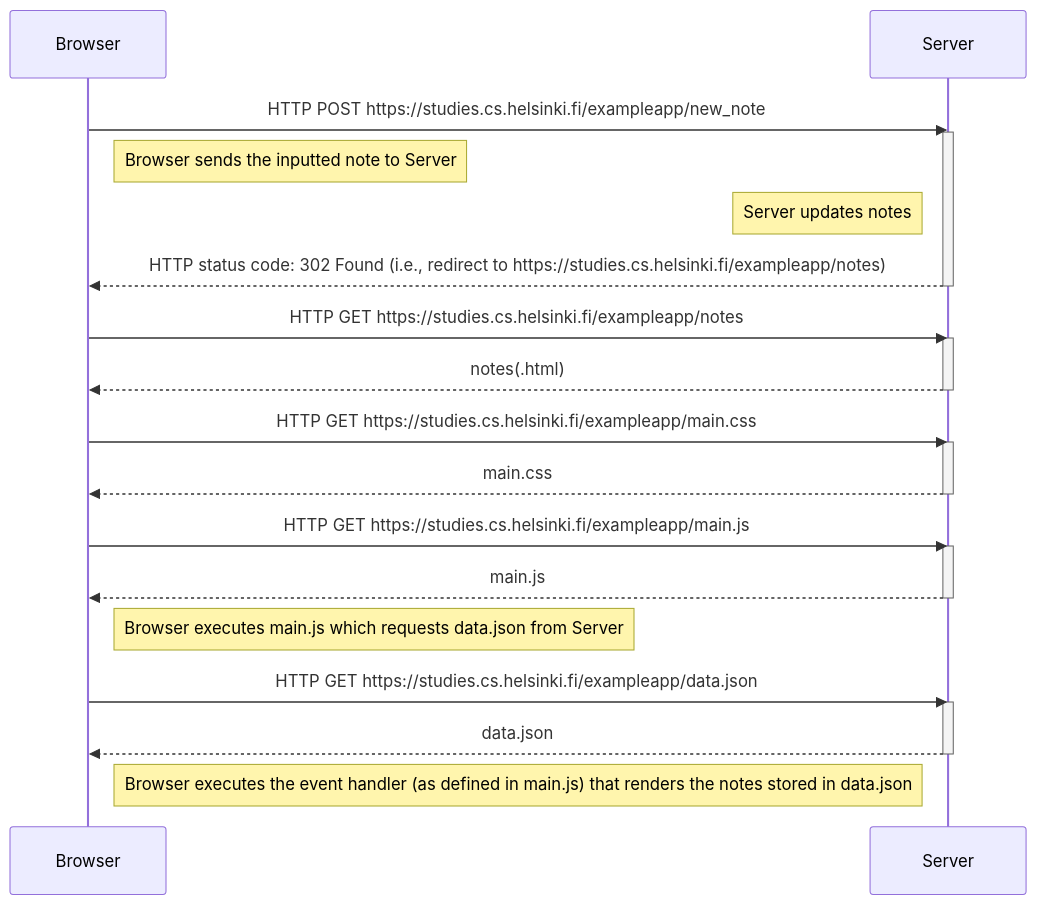
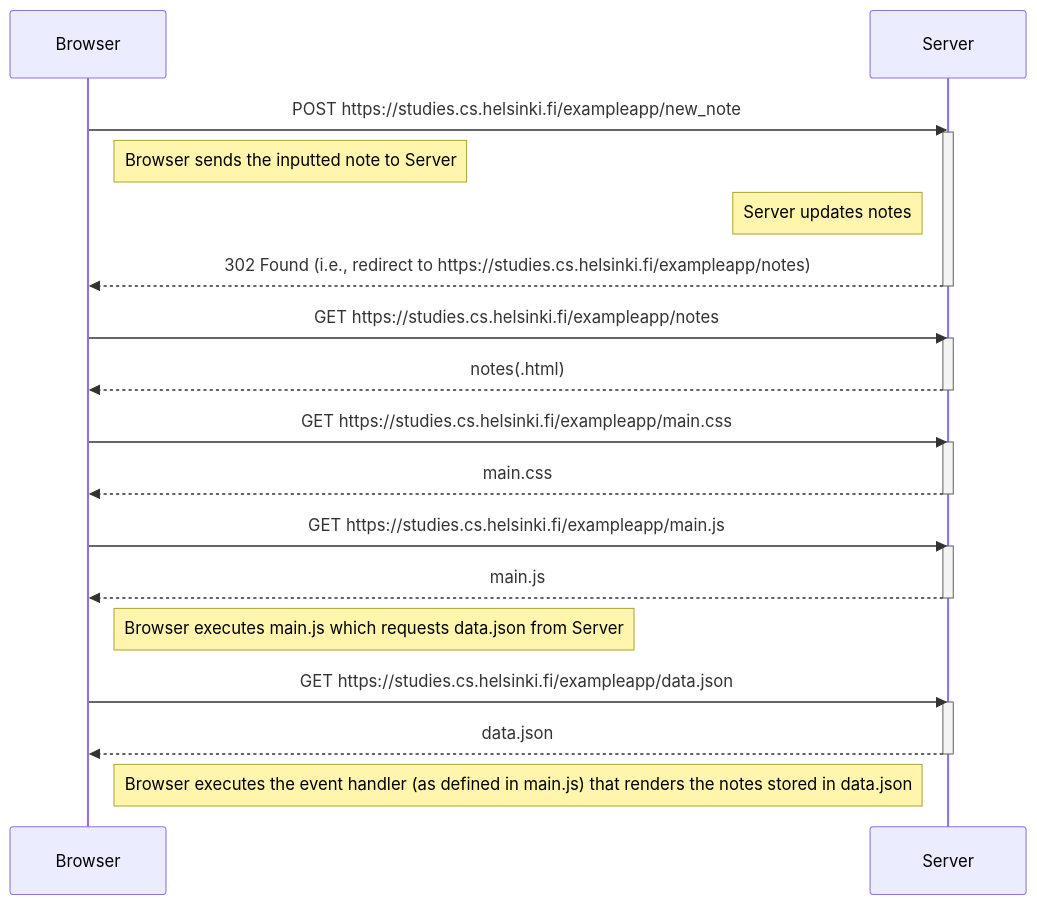
One commit to gvnlm/full-stack-open-solutions changed the first of 3 diagrams in part0/README.md. Above: the diagram before and after it, drawn with Mermaid. The commit also changed other lines of this file, not shown here.

Commit message:
Remove unnecessary "HTTP" text

````diff
--- a/part0/README.md
+++ b/part0/README.md
@@ -5,36 +5,36 @@
 ```mermaid
 sequenceDiagram
     participant Browser
     participant Server
 
-    Browser->>Server: HTTP POST https://studies.cs.helsinki.fi/exampleapp/new_note
+    Browser->>Server: POST https://studies.cs.helsinki.fi/exampleapp/new_note
     activate Server
     note right of Browser: Browser sends the inputted note to Server
     note left of Server: Server updates notes
-    Server-->>Browser: HTTP status code: 302 Found (i.e., redirect to https://studies.cs.helsinki.fi/exampleapp/notes)
+    Server-->>Browser: 302 Found (i.e., redirect to https://studies.cs.helsinki.fi/exampleapp/notes)
     deactivate Server
 
     
     
-    Browser->>Server: HTTP GET https://studies.cs.helsinki.fi/exampleapp/notes
+    Browser->>Server: GET https://studies.cs.helsinki.fi/exampleapp/notes
     activate Server
     Server-->>Browser: notes(.html)
     deactivate Server
 
-    Browser->>Server: HTTP GET https://studies.cs.helsinki.fi/exampleapp/main.css
+    Browser->>Server: GET https://studies.cs.helsinki.fi/exampleapp/main.css
     activate Server
     Server-->>Browser: main.css
     deactivate Server
 
-    Browser->>Server: HTTP GET https://studies.cs.helsinki.fi/exampleapp/main.js
+    Browser->>Server: GET https://studies.cs.helsinki.fi/exampleapp/main.js
     activate Server
     Server-->>Browser: main.js
     deactivate Server
     note right of Browser: Browser executes main.js which requests data.json from Server
 
-    Browser->>Server: HTTP GET https://studies.cs.helsinki.fi/exampleapp/data.json
+    Browser->>Server: GET https://studies.cs.helsinki.fi/exampleapp/data.json
     activate Server
     Server-->>Browser: data.json
     deactivate Server
     note right of Browser: Browser executes the event handler (as defined in main.js) that renders the notes stored in data.json
 ```
````
